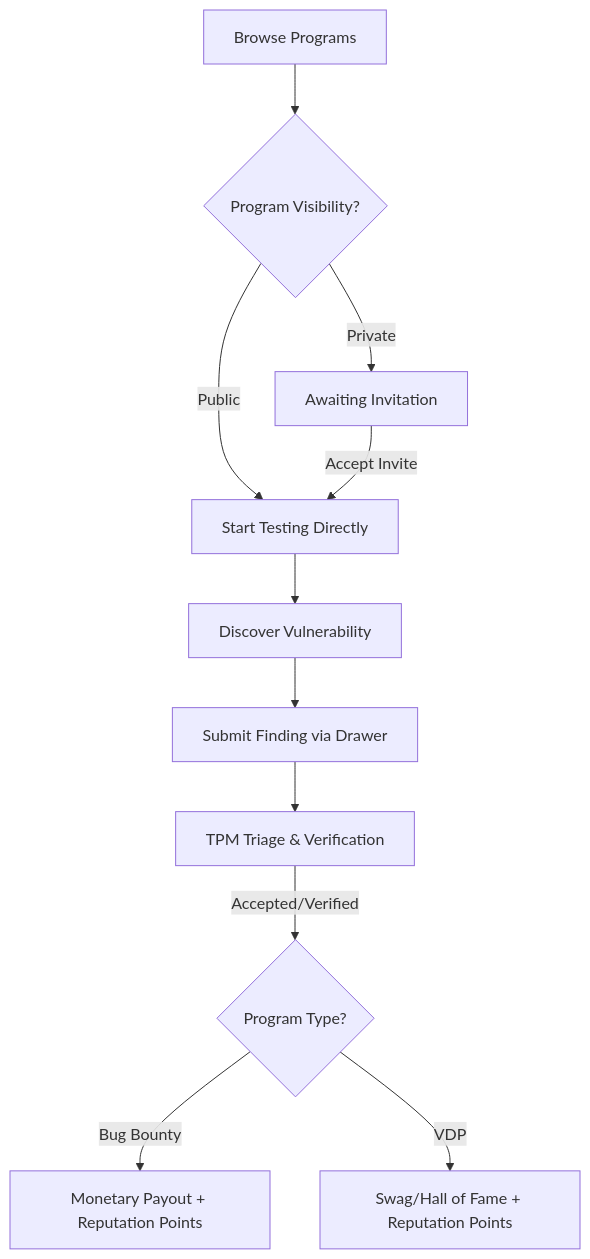
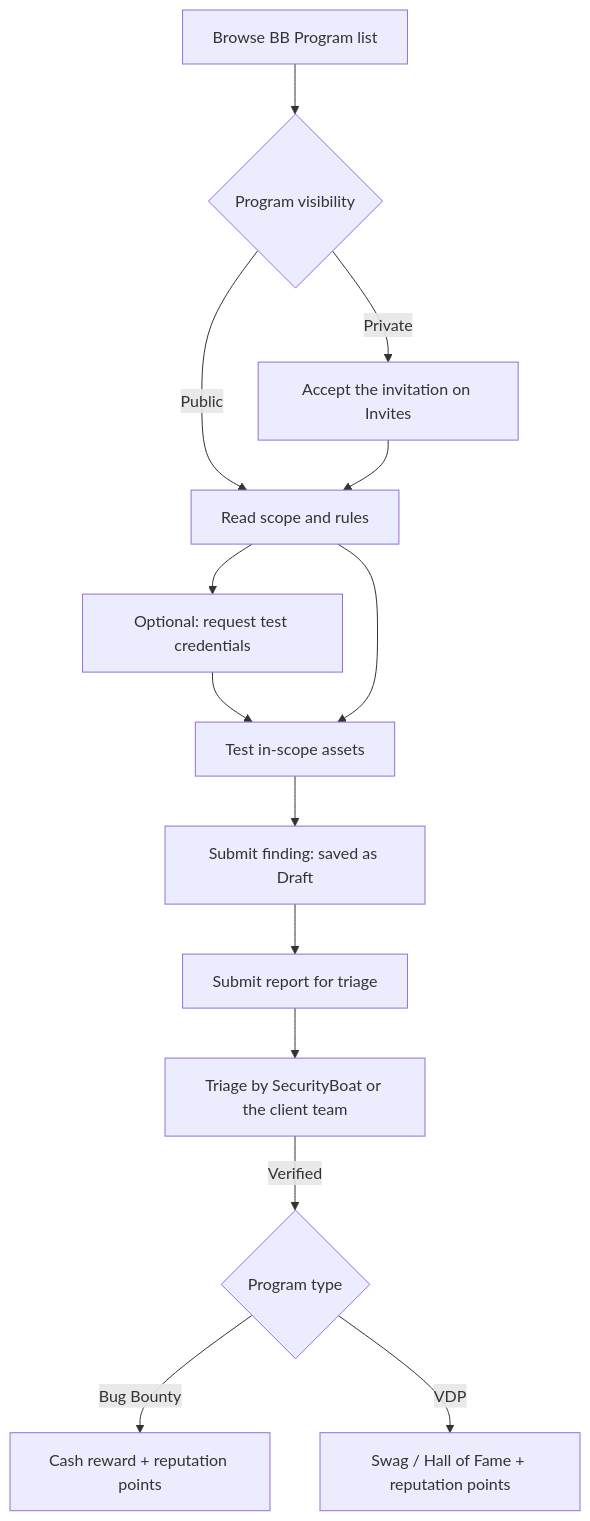
Before and after one commit to Securityboat/SB1-Knowladge-Base-: the diagram in docs/researcher/bug-bounty/overview.md, drawn with Mermaid. The commit also changed other lines of this file and 181 other files, not shown here.

````diff
--- a/docs/researcher/bug-bounty/overview.md
+++ b/docs/researcher/bug-bounty/overview.md
@@ -13,13 +13,16 @@
 ```mermaid
-graph TD
-    A[Browse Programs] --> B{Program Visibility?}
-    B -->|Public| C[Start Testing Directly]
-    B -->|Private| D[Awaiting Invitation]
-    D -->|Accept Invite| C
-    C --> E[Discover Vulnerability]
-    E --> F[Submit Finding via Drawer]
-    F --> G[TPM Triage & Verification]
-    G -->|Accepted/Verified| H{Program Type?}
-    H -->|Bug Bounty| I[Monetary Payout + Reputation Points]
-    H -->|VDP| J[Swag/Hall of Fame + Reputation Points]
+flowchart TD
+    A[Browse BB Program list] --> B{Program visibility}
+    B -->|Public| C[Read scope and rules]
+    B -->|Private| D[Accept the invitation on Invites]
+    D --> C
+    C --> E[Optional: request test credentials]
+    E --> F[Test in-scope assets]
+    C --> F
+    F --> G[Submit finding: saved as Draft]
+    G --> H[Submit report for triage]
+    H --> I[Triage by SecurityBoat or the client team]
+    I -->|Verified| J{Program type}
+    J -->|Bug Bounty| K[Cash reward + reputation points]
+    J -->|VDP| L[Swag / Hall of Fame + reputation points]
 ```
````
